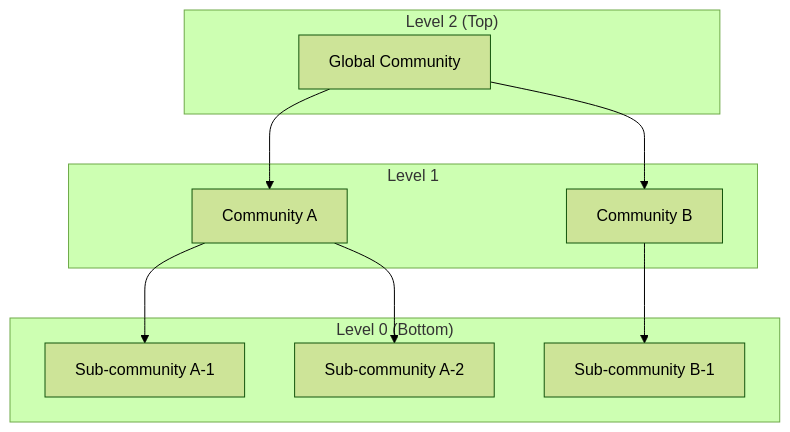
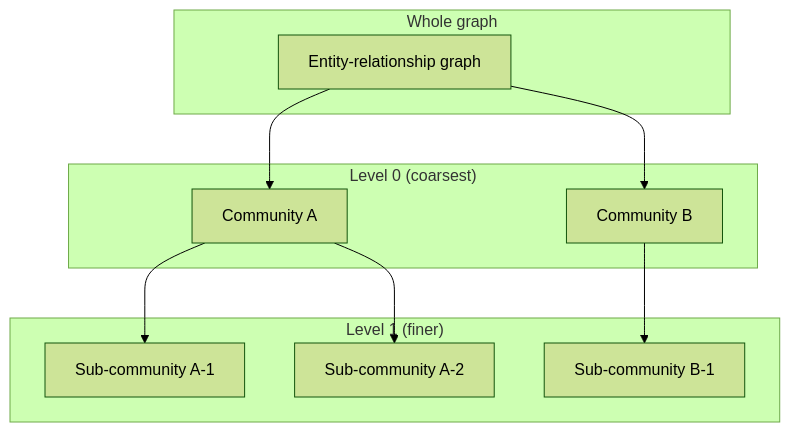
The second of 5 diagrams in content/blog/en/graphrag.mdx (yoichiozaki/yoichiozaki.github.io), drawn with Mermaid (forest theme) before and after one commit. The commit also changed other lines of this file and 220 other files, not shown here.

````diff
--- a/content/blog/en/graphrag.mdx
+++ b/content/blog/en/graphrag.mdx
@@ -158,20 +158,20 @@
 ```mermaid
 graph TD
-    subgraph Level2["Level 2 (Top)"]
-        C0[Global Community]
+    subgraph Root["Whole graph"]
+        C0[Entity-relationship graph]
     end
-    subgraph Level1["Level 1"]
+    subgraph Level0["Level 0 (coarsest)"]
         C1[Community A]
         C2[Community B]
     end
-    subgraph Level0["Level 0 (Bottom)"]
+    subgraph Level1["Level 1 (finer)"]
         C3[Sub-community A-1]
         C4[Sub-community A-2]
         C5[Sub-community B-1]
     end
     C0 --> C1
     C0 --> C2
     C1 --> C3
     C1 --> C4
     C2 --> C5
 ```
````
